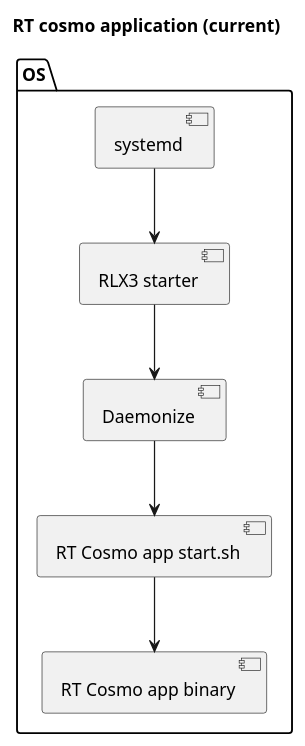
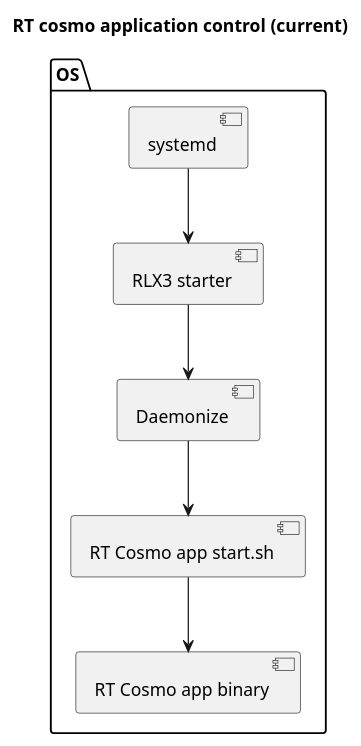
Before and after one commit to hus0/sandbox: the diagram in proposals/0_rtcosmo_app_mng_component_current.plantuml, drawn with PlantUML. The commit also changed 6 other files, not shown here.

Commit message:
Change figure's title

```diff
--- a/proposals/0_rtcosmo_app_mng_component_current.plantuml
+++ b/proposals/0_rtcosmo_app_mng_component_current.plantuml
@@ -1,18 +1,18 @@
 @startuml
 
-title RT cosmo application (current)
+title RT cosmo application control (current)
 
 package "OS" {
     component [systemd] as systemd
     component [RLX3 starter] as rlx3starter
     component [Daemonize] as daemonize
     component [RT Cosmo app start.sh] as rtcosmostart
     component [RT Cosmo app binary] as rtcosmoapp
 }
 
 systemd -down-> rlx3starter
 rlx3starter -down-> daemonize
 daemonize -down-> rtcosmostart
 rtcosmostart -down-> rtcosmoapp
 
 @enduml
```
